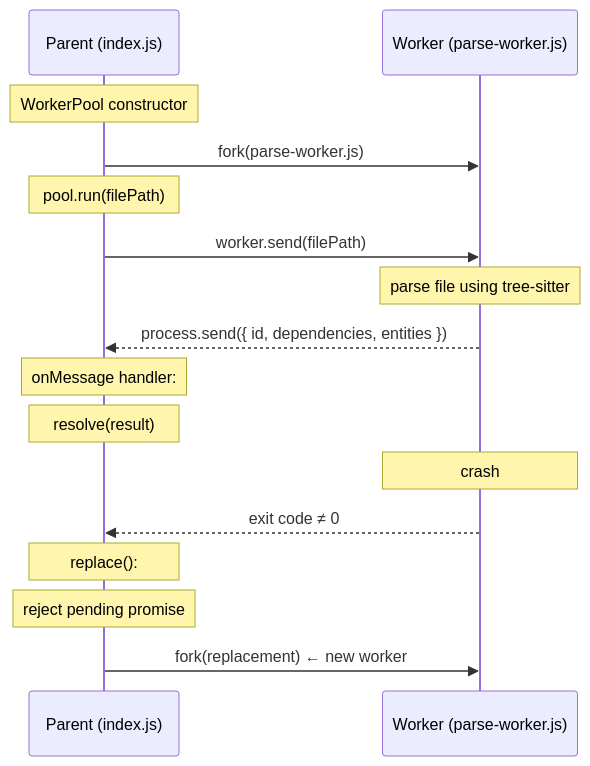
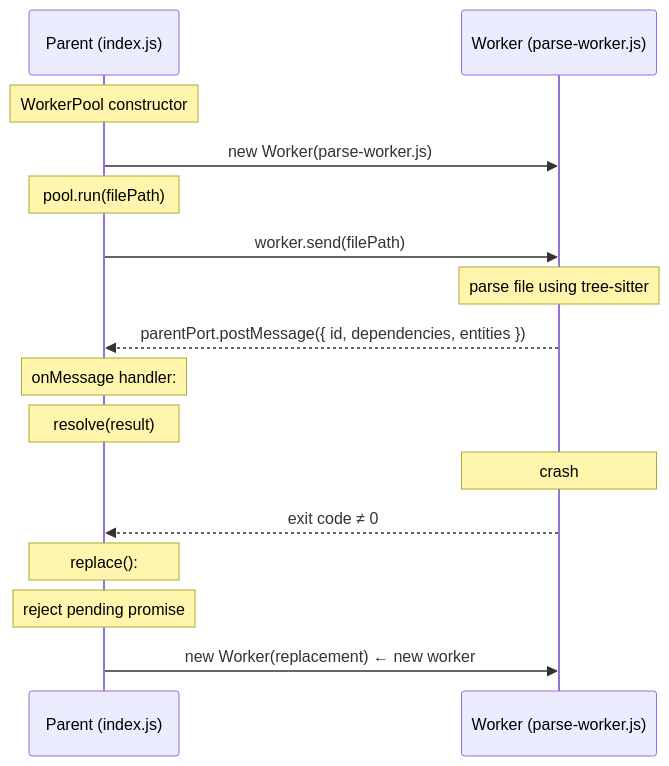
One commit to Arham-Qureshi/codebase-vis changed diagram 11 of 13 in ARCHITECTURE/utils.md. Above: the diagram before and after it, drawn with Mermaid. The commit also changed other lines of this file, not shown here.

Commit message:
docs: update utils — worker_threads, index-based drain

````diff
--- a/ARCHITECTURE/utils.md
+++ b/ARCHITECTURE/utils.md
@@ -288,23 +288,23 @@
 ```mermaid
 sequenceDiagram
     participant P as Parent (index.js)
     participant W as Worker (parse-worker.js)
 
     Note over P: WorkerPool constructor
-    P->>W: fork(parse-worker.js)
+    P->>W: new Worker(parse-worker.js)
 
     Note over P: pool.run(filePath)
     P->>W: worker.send(filePath)
 
     Note over W: parse file using tree-sitter
-    W-->>P: process.send({ id, dependencies, entities })
+    W-->>P: parentPort.postMessage({ id, dependencies, entities })
 
     Note over P: onMessage handler:
     Note over P: resolve(result)
 
     Note over W: crash
     W-->>P: exit code ≠ 0
     Note over P: replace():
     Note over P: reject pending promise
-    P->>W: fork(replacement) ← new worker
+    P->>W: new Worker(replacement) ← new worker
 ```
````
